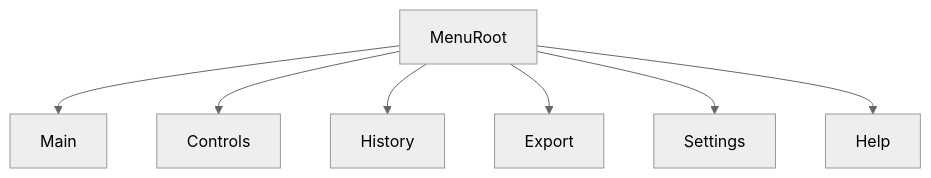
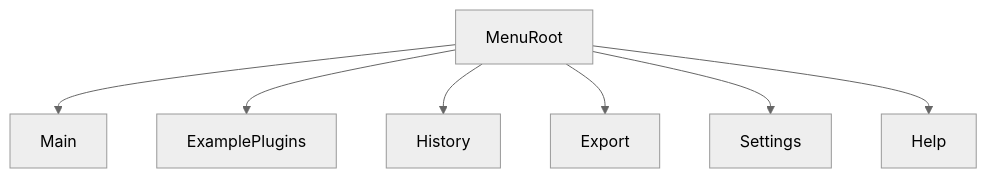
Before and after one commit to shahzebqazi/vst-ui: the second of 4 diagrams in docs/MOCKUPS.md, drawn with Mermaid (neutral theme). The commit also changed other lines of this file and 15 other files, not shown here.

````diff
--- a/docs/MOCKUPS.md
+++ b/docs/MOCKUPS.md
@@ -16,16 +16,16 @@
 ```mermaid
 flowchart TB
   menuRoot[MenuRoot]
   mainMenu[Main]
-  controlsMenu[Controls]
+  examplePluginsMenu[ExamplePlugins]
   historyMenu[History]
   exportMenu[Export]
   settingsMenu[Settings]
   helpMenu[Help]
   menuRoot --> mainMenu
-  menuRoot --> controlsMenu
+  menuRoot --> examplePluginsMenu
   menuRoot --> historyMenu
   menuRoot --> exportMenu
   menuRoot --> settingsMenu
   menuRoot --> helpMenu
 ```
````
